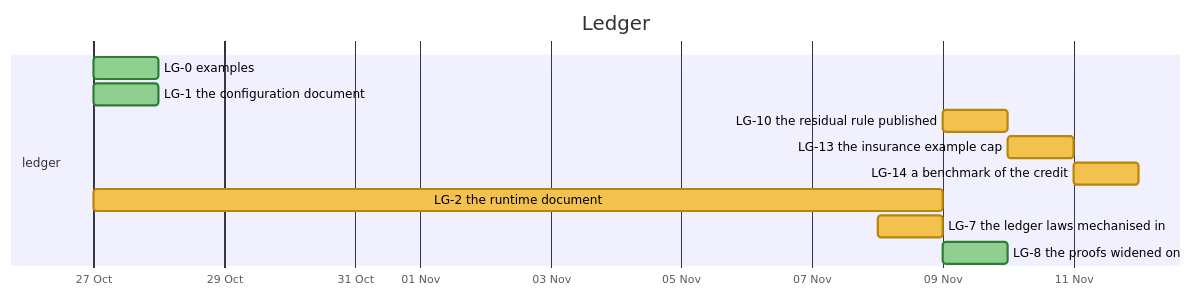
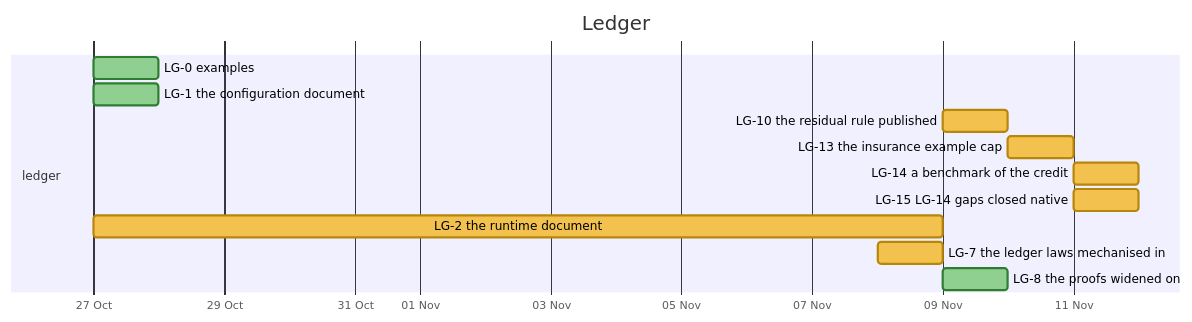
The tenth of 31 diagrams in docs/developer/ROADMAP.md (nebularis/lattice), drawn with Mermaid before and after one commit. The commit also changed other lines of this file and 12 other files, not shown here.

````diff
--- a/docs/developer/ROADMAP.md
+++ b/docs/developer/ROADMAP.md
@@ -334,16 +334,17 @@
 ```mermaid
 %%{init: {"themeVariables": {"taskBkgColor": "#f2c14e", "taskBorderColor": "#b8860b", "taskTextColor": "#000000", "activeTaskBkgColor": "#4e9af1", "activeTaskBorderColor": "#1f5fbf", "activeTaskBorderColor": "#1f5fbf", "doneTaskBkgColor": "#8fcf8f", "doneTaskBorderColor": "#2f7d32", "critBkgColor": "#f28b82", "critBorderColor": "#b23a30", "taskTextDarkColor": "#000000", "taskTextLightColor": "#000000"}}}%%
 gantt
     title Ledger
     dateFormat YYYY-MM-DD
     axisFormat %d %b
     section ledger
     LG-0 examples :done, lg0, 2026-10-27, 2026-10-28
     LG-1 the configuration document :done, lg1, 2026-10-27, 2026-10-28
     LG-10 the residual rule published :lg10, 2026-11-09, 2026-11-10
     LG-13 the insurance example cap :lg13, 2026-11-10, 2026-11-11
     LG-14 a benchmark of the credit :lg14, 2026-11-11, 2026-11-12
+    LG-15 LG-14 gaps closed native :lg15, 2026-11-11, 2026-11-12
     LG-2 the runtime document :lg2, 2026-10-27, 2026-11-09
     LG-7 the ledger laws mechanised in :lg7, 2026-11-08, 2026-11-09
     LG-8 the proofs widened on :done, lg8, 2026-11-09, 2026-11-10
 ```
````
